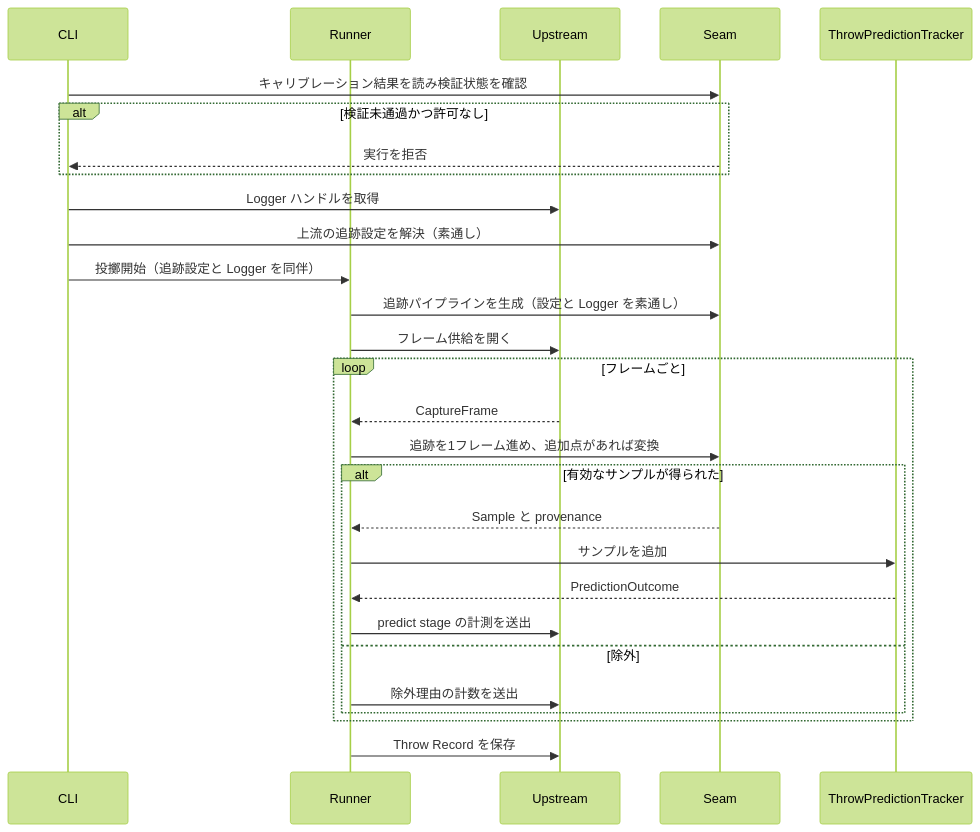
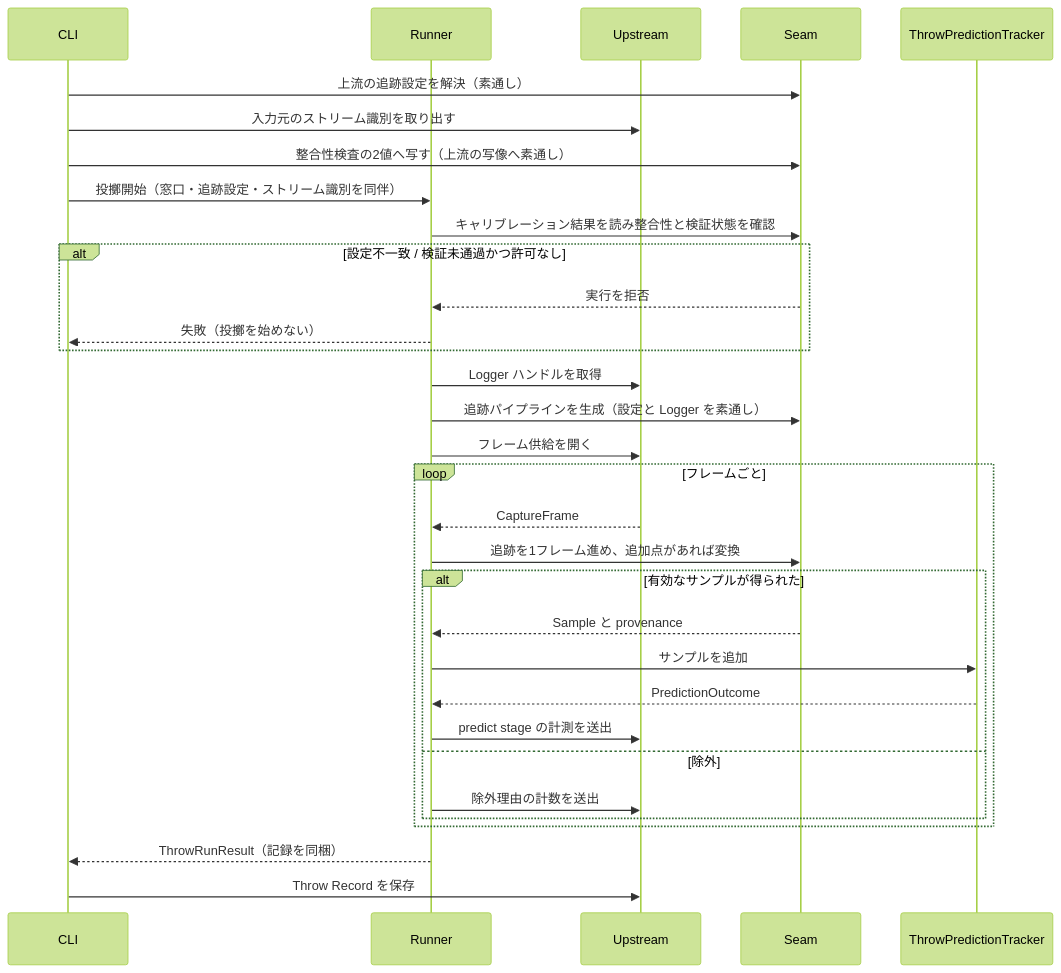
Before and after one commit to f18c052f/smart-trashbox-tribute: the second of 4 diagrams in .kiro/specs/m1-prediction-validation/design.md, drawn with Mermaid (forest theme). The commit also changed other lines of this file, not shown here.

First line of the commit message:
docs(m1-prediction-validation): design.md の mermaid 図を実装へ同期する

````diff
--- a/.kiro/specs/m1-prediction-validation/design.md
+++ b/.kiro/specs/m1-prediction-validation/design.md
@@ -414,30 +421,34 @@
 ```mermaid
 sequenceDiagram
     participant CLI
     participant Runner
     participant Upstream
     participant Seam
     participant Tracker as ThrowPredictionTracker
-    CLI->>Seam: キャリブレーション結果を読み検証状態を確認
-    alt 検証未通過かつ許可なし
-        Seam-->>CLI: 実行を拒否
+    CLI->>Seam: 上流の追跡設定を解決（素通し）
+    CLI->>Upstream: 入力元のストリーム識別を取り出す
+    CLI->>Seam: 整合性検査の2値へ写す（上流の写像へ素通し）
+    CLI->>Runner: 投擲開始（窓口・追跡設定・ストリーム識別を同伴）
+    Runner->>Seam: キャリブレーション結果を読み整合性と検証状態を確認
+    alt 設定不一致 / 検証未通過かつ許可なし
+        Seam-->>Runner: 実行を拒否
+        Runner-->>CLI: 失敗（投擲を始めない）
     end
-    CLI->>Upstream: Logger ハンドルを取得
-    CLI->>Seam: 上流の追跡設定を解決（素通し）
-    CLI->>Runner: 投擲開始（追跡設定と Logger を同伴）
+    Runner->>Upstream: Logger ハンドルを取得
     Runner->>Seam: 追跡パイプラインを生成（設定と Logger を素通し）
     Runner->>Upstream: フレーム供給を開く
     loop フレームごと
         Upstream-->>Runner: CaptureFrame
         Runner->>Seam: 追跡を1フレーム進め、追加点があれば変換
         alt 有効なサンプルが得られた
             Seam-->>Runner: Sample と provenance
             Runner->>Tracker: サンプルを追加
             Tracker-->>Runner: PredictionOutcome
             Runner->>Upstream: predict stage の計測を送出
         else 除外
             Runner->>Upstream: 除外理由の計数を送出
         end
     end
-    Runner->>Upstream: Throw Record を保存
+    Runner-->>CLI: ThrowRunResult（記録を同梱）
+    CLI->>Upstream: Throw Record を保存
 ```
````
